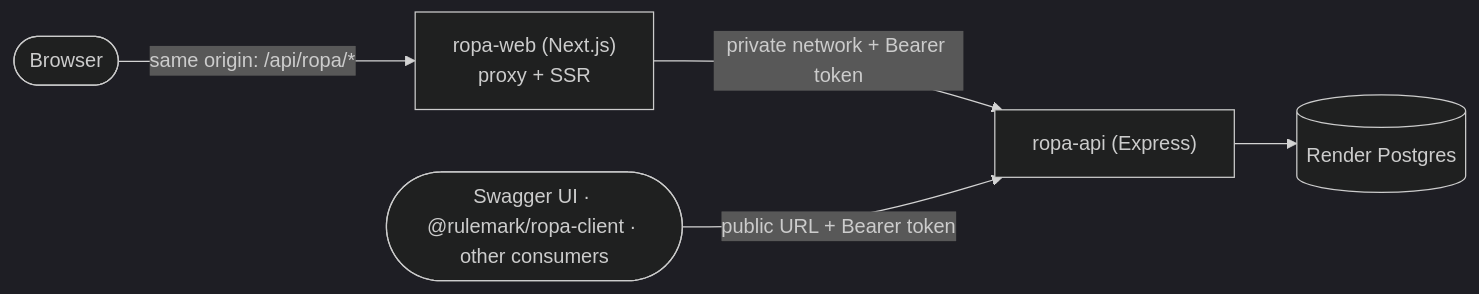
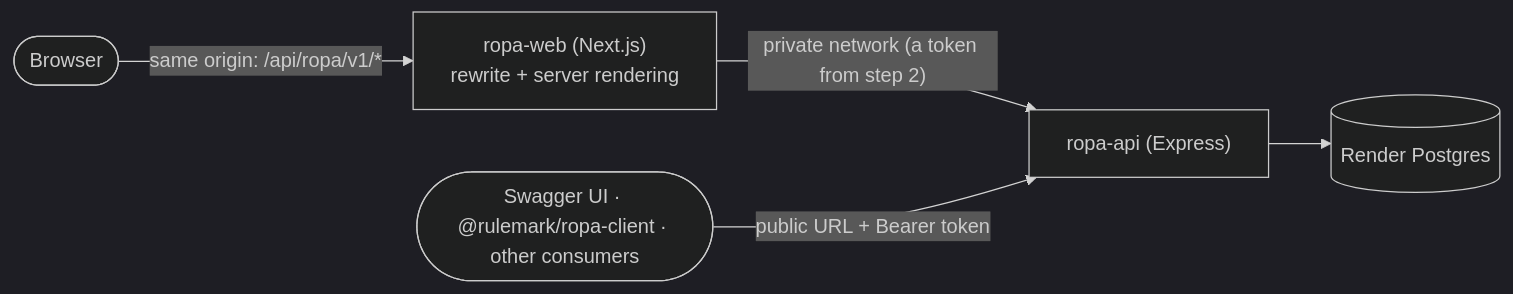
Before and after one commit to rulemark/rulemark-governance: the diagram in docs/ropa/ropa-packages.md, drawn with Mermaid (dark theme). The commit also changed other lines of this file and 5 other files, not shown here.

First line of the commit message:
docs: interface step 1, phase 5: ropa-web deployed; the docs

````diff
--- a/docs/ropa/ropa-packages.md
+++ b/docs/ropa/ropa-packages.md
@@ -195,7 +207,7 @@
 ```mermaid
 flowchart LR
-    B(["Browser"]) -->|"same origin: /api/ropa/*"| W["ropa-web (Next.js)<br/>proxy + SSR"]
-    W -->|"private network + Bearer token"| A["ropa-api (Express)"]
+    B(["Browser"]) -->|"same origin: /api/ropa/v1/*"| W["ropa-web (Next.js)<br/>rewrite + server rendering"]
+    W -->|"private network (a token from step 2)"| A["ropa-api (Express)"]
     Ext(["Swagger UI · @rulemark/ropa-client · other consumers"]) -->|"public URL + Bearer token"| A
     A --> DB[("Render Postgres")]
 ```
````
